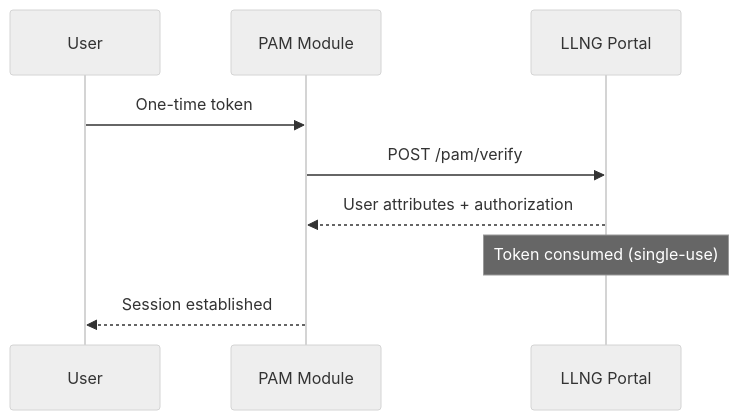
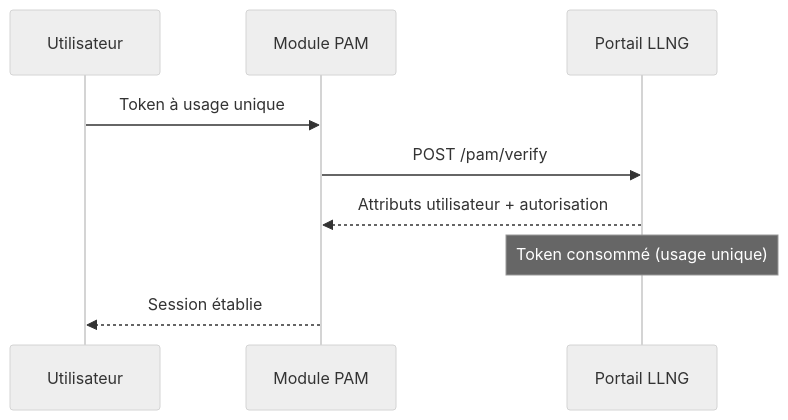
Before and after one commit to linagora/open-bastion: the second of 4 diagrams in doc/security/00-architecture.md, drawn with Mermaid (neutral theme). The commit also changed other lines of this file and 4 other files, not shown here.

````diff
--- a/doc/security/00-architecture.md
+++ b/doc/security/00-architecture.md
@@ -12,12 +47,12 @@
 ```mermaid
 sequenceDiagram
-    participant User
-    participant PAM as PAM Module
-    participant LLNG as LLNG Portal
+    participant User as Utilisateur
+    participant PAM as Module PAM
+    participant LLNG as Portail LLNG
 
-    User->>PAM: One-time token
+    User->>PAM: Token à usage unique
     PAM->>LLNG: POST /pam/verify
-    LLNG-->>PAM: User attributes + authorization
-    Note over LLNG: Token consumed (single-use)
-    PAM-->>User: Session established
+    LLNG-->>PAM: Attributs utilisateur + autorisation
+    Note over LLNG: Token consommé (usage unique)
+    PAM-->>User: Session établie
 ```
````
